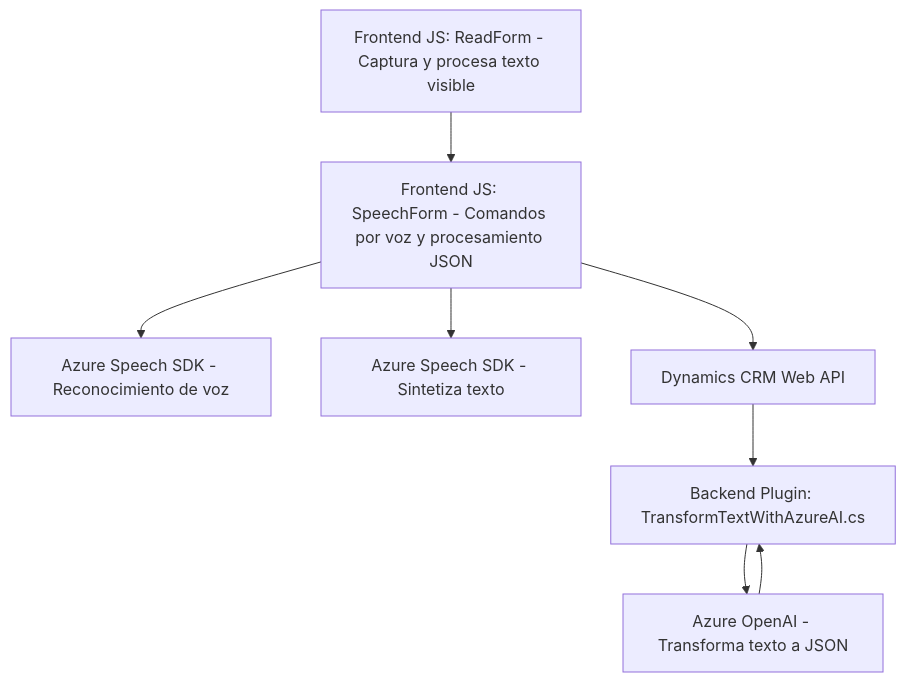
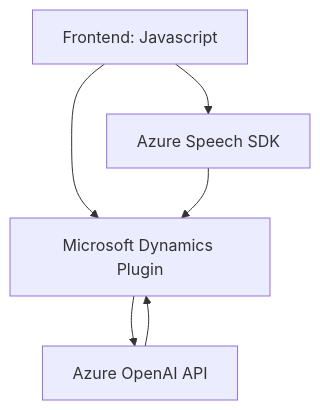
The diagram in README.md (blopezdm/NETCORE_BILBAO2025), drawn with Mermaid before and after one commit. The commit also changed other lines of this file, not shown here.

````diff
--- a/README.md
+++ b/README.md
@@ -60,10 +53,12 @@
 ```mermaid
 graph TD
-    A["Frontend JS: ReadForm - Captura y procesa texto visible"] --> B["Frontend JS: SpeechForm - Comandos por voz y procesamiento JSON"]
-    B --> C["Azure Speech SDK - Reconocimiento de voz"]
-    B --> D["Azure Speech SDK - Sintetiza texto"]
-    B --> E["Dynamics CRM Web API"]
-    E --> F["Backend Plugin: TransformTextWithAzureAI.cs"]
-    F --> G["Azure OpenAI - Transforma texto a JSON"]
-    G --> F
+    A["Frontend: Javascript"]
+    B["Azure Speech SDK"]
+    C["Microsoft Dynamics Plugin"]
+    D["Azure OpenAI API"]
+    A --> B
+    A --> C
+    B --> C
+    C --> D
+    D --> C
 ```
````
